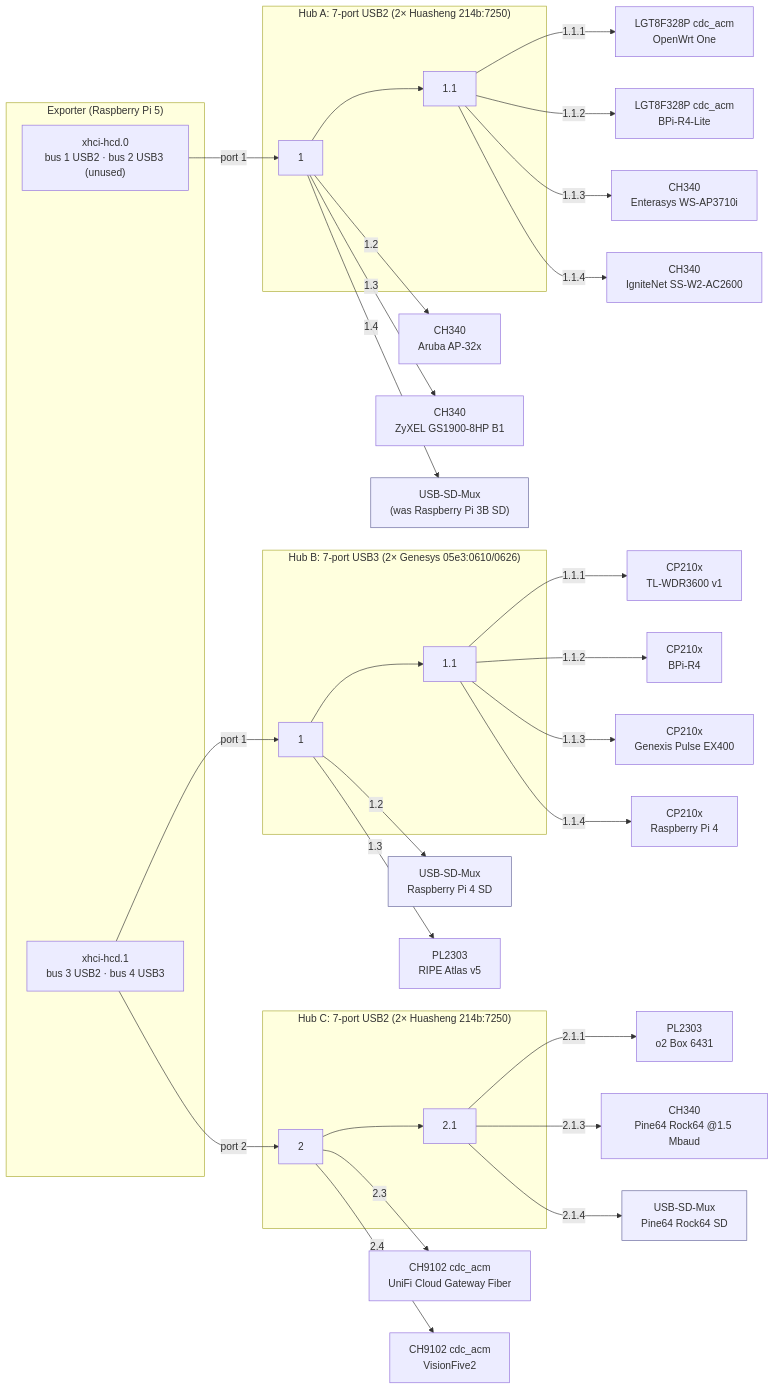
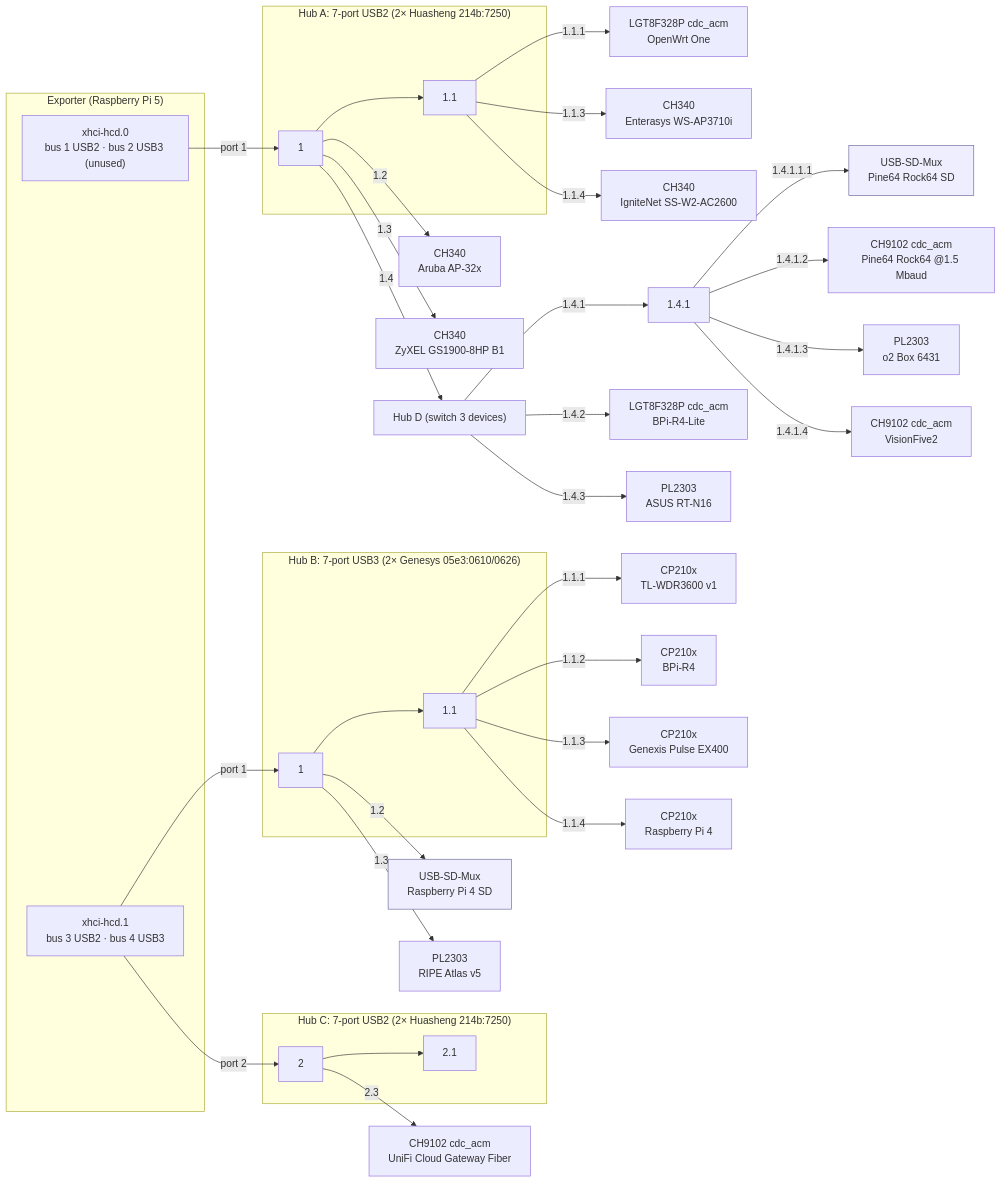
The second of 2 diagrams in labs/labgrid-aparcar/README.md (aparcar/openwrt-tests), drawn with Mermaid before and after one commit. The commit also changed other lines of this file and 3 other files, not shown here.

````diff
--- a/labs/labgrid-aparcar/README.md
+++ b/labs/labgrid-aparcar/README.md
@@ -175,45 +201,47 @@
 ```mermaid
 flowchart LR
   subgraph EXP["Exporter (Raspberry Pi 5)"]
     X0["xhci-hcd.0<br/>bus 1 USB2 · bus 2 USB3 (unused)"]
     X1["xhci-hcd.1<br/>bus 3 USB2 · bus 4 USB3"]
   end
 
   subgraph HUBA["Hub A: 7-port USB2 (2× Huasheng 214b:7250)"]
     A0["1"] --> A1["1.1"]
   end
   subgraph HUBB["Hub B: 7-port USB3 (2× Genesys 05e3:0610/0626)"]
     B0["1"] --> B1["1.1"]
   end
   subgraph HUBC["Hub C: 7-port USB2 (2× Huasheng 214b:7250)"]
     C0["2"] --> C1["2.1"]
   end
 
   X0 -->|port 1| A0
   X1 -->|port 1| B0
   X1 -->|port 2| C0
 
   A1 -->|1.1.1| a1["LGT8F328P cdc_acm<br/>OpenWrt One"]
-  A1 -->|1.1.2| a2["LGT8F328P cdc_acm<br/>BPi-R4-Lite"]
   A1 -->|1.1.3| a7["CH340<br/>Enterasys WS-AP3710i"]
   A1 -->|1.1.4| a8["CH340<br/>IgniteNet SS-W2-AC2600"]
   A0 -->|1.2| a3["CH340<br/>Aruba AP-32x"]
   A0 -->|1.3| a4["CH340<br/>ZyXEL GS1900-8HP B1"]
-  A0 -->|1.4| a5["USB-SD-Mux<br/>(was Raspberry Pi 3B SD)"]
+  A0 -->|1.4| D0["Hub D (switch 3 devices)"]
+  D0 -->|1.4.1| D1["1.4.1"]
+  D1 -->|1.4.1.1.1| d1m["USB-SD-Mux<br/>Pine64 Rock64 SD"]
+  D1 -->|1.4.1.2| d1s["CH9102 cdc_acm<br/>Pine64 Rock64 @1.5 Mbaud"]
+  D1 -->|1.4.1.3| d1o["PL2303<br/>o2 Box 6431"]
+  D1 -->|1.4.1.4| d1v["CH9102 cdc_acm<br/>VisionFive2"]
+  D0 -->|1.4.2| d2r["LGT8F328P cdc_acm<br/>BPi-R4-Lite"]
+  D0 -->|1.4.3| d3a["PL2303<br/>ASUS RT-N16"]
 
   B1 -->|1.1.1| b1["CP210x<br/>TL-WDR3600 v1"]
   B1 -->|1.1.2| b2["CP210x<br/>BPi-R4"]
   B1 -->|1.1.3| b3["CP210x<br/>Genexis Pulse EX400"]
   B1 -->|1.1.4| b4["CP210x<br/>Raspberry Pi 4"]
   B0 -->|1.2| b5["USB-SD-Mux<br/>Raspberry Pi 4 SD"]
   B0 -->|1.3| b6["PL2303<br/>RIPE Atlas v5"]
 
-  C1 -->|2.1.1| c7["PL2303<br/>o2 Box 6431"]
-  C1 -->|2.1.3| c2["CH340<br/>Pine64 Rock64 @1.5 Mbaud"]
-  C1 -->|2.1.4| c3["USB-SD-Mux<br/>Pine64 Rock64 SD"]
   C0 -->|2.3| c5["CH9102 cdc_acm<br/>UniFi Cloud Gateway Fiber"]
-  C0 -->|2.4| c1["CH9102 cdc_acm<br/>VisionFive2"]
 
   classDef mux fill:#eef,stroke:#669
-  class a5,b5,c3 mux
+  class b5,d1m mux
 ```
````
